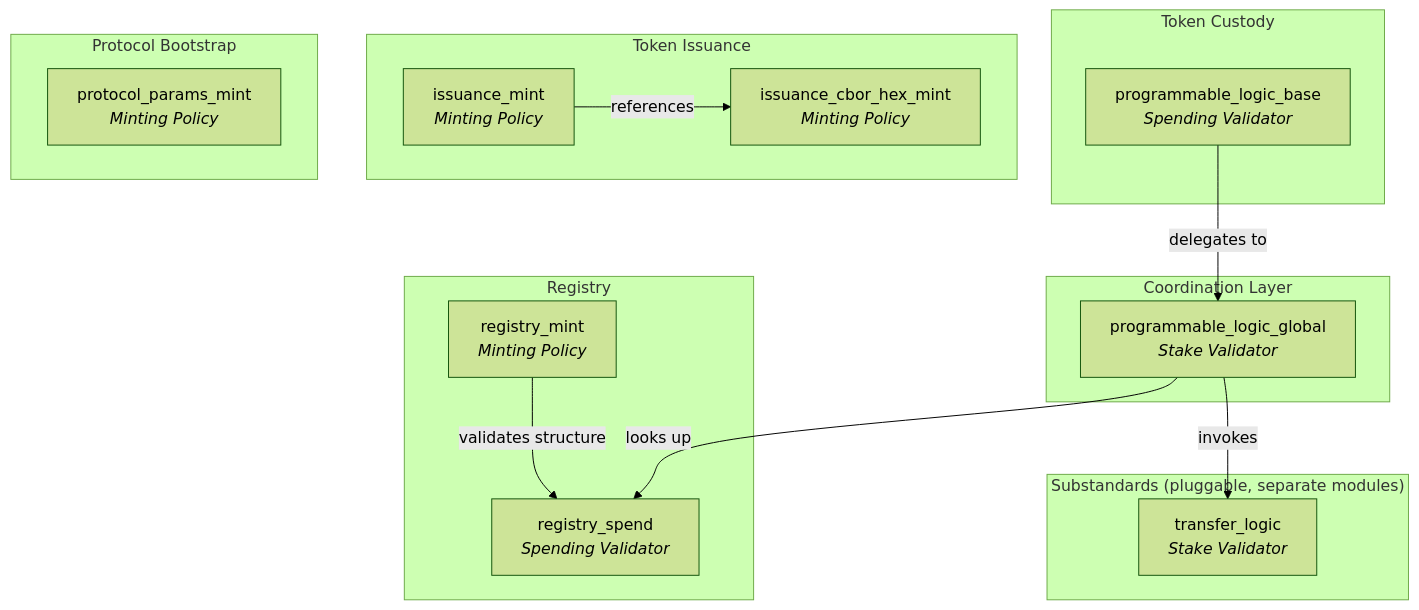
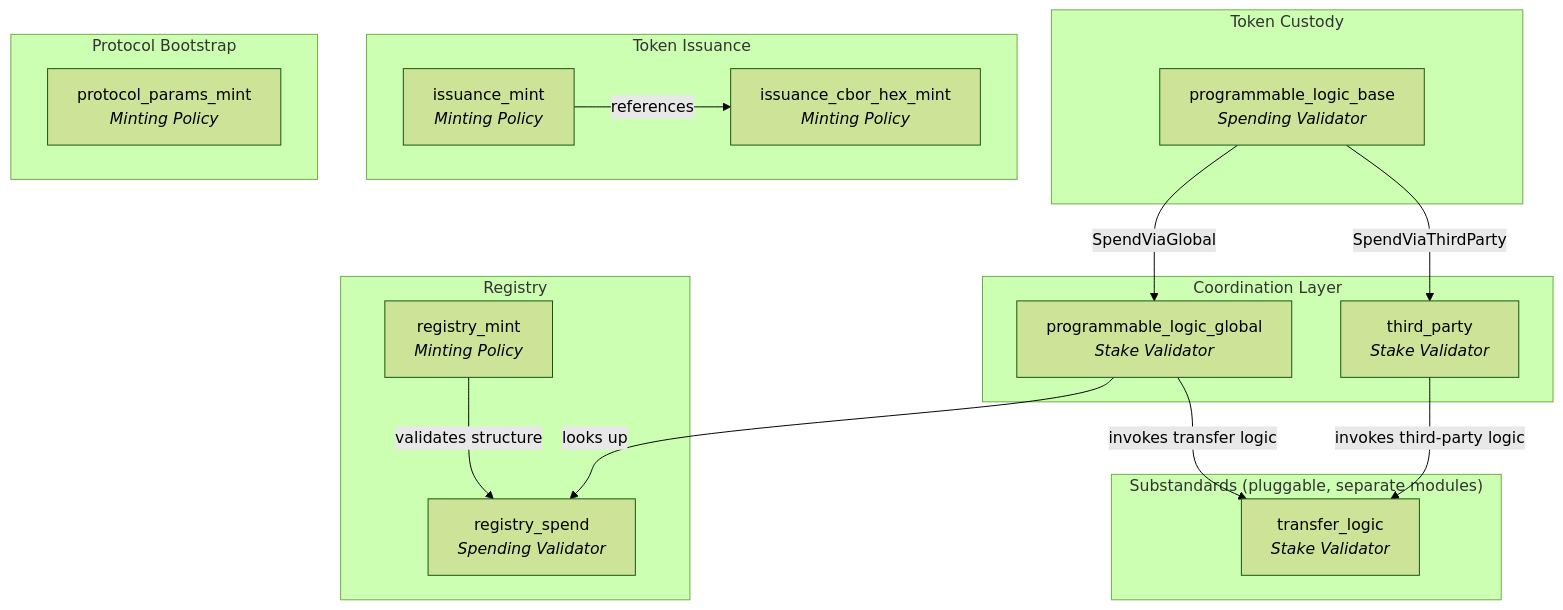
The first of 3 diagrams in documentation/02-ARCHITECTURE.md (cardano-foundation/cip113-programmable-tokens), drawn with Mermaid (forest theme) before and after one commit. The commit also changed other lines of this file and 6 other files, not shown here.

````diff
--- a/documentation/02-ARCHITECTURE.md
+++ b/documentation/02-ARCHITECTURE.md
@@ -56,34 +56,37 @@
 ```mermaid
 graph TB
     subgraph "Token Custody"
         PLB[programmable_logic_base<br/><i>Spending Validator</i>]
     end
 
     subgraph "Coordination Layer"
         PLG[programmable_logic_global<br/><i>Stake Validator</i>]
+        TP[third_party<br/><i>Stake Validator</i>]
     end
 
     subgraph "Registry"
         RM[registry_mint<br/><i>Minting Policy</i>]
         RS[registry_spend<br/><i>Spending Validator</i>]
     end
 
     subgraph "Token Issuance"
         IM[issuance_mint<br/><i>Minting Policy</i>]
         ICH[issuance_cbor_hex_mint<br/><i>Minting Policy</i>]
     end
 
     subgraph "Protocol Bootstrap"
         PP[protocol_params_mint<br/><i>Minting Policy</i>]
     end
 
     subgraph "Substandards (pluggable, separate modules)"
         TL[transfer_logic<br/><i>Stake Validator</i>]
     end
 
-    PLB -->|"delegates to"| PLG
+    PLB -->|"SpendViaGlobal"| PLG
+    PLB -->|"SpendViaThirdParty"| TP
     PLG -->|"looks up"| RS
-    PLG -->|"invokes"| TL
+    PLG -->|"invokes transfer logic"| TL
+    TP -->|"invokes third-party logic"| TL
     RM -->|"validates structure"| RS
     IM -->|"references"| ICH
 ```
````
